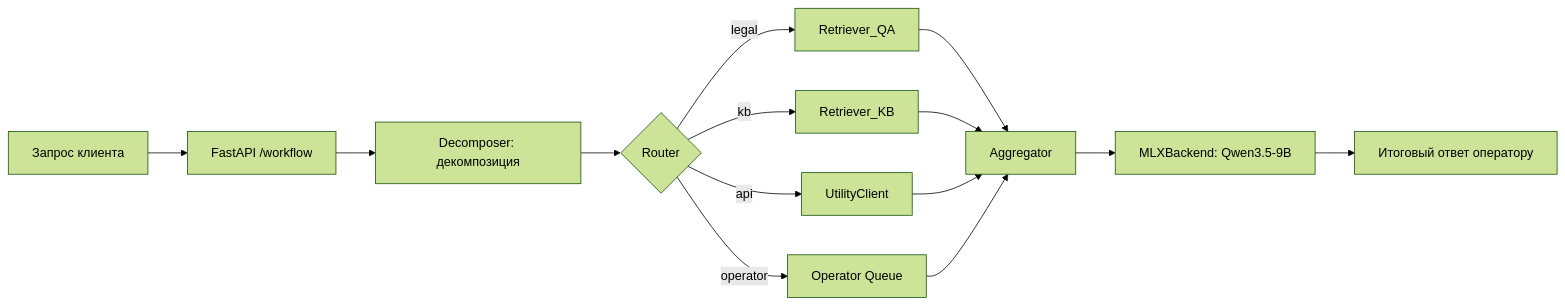
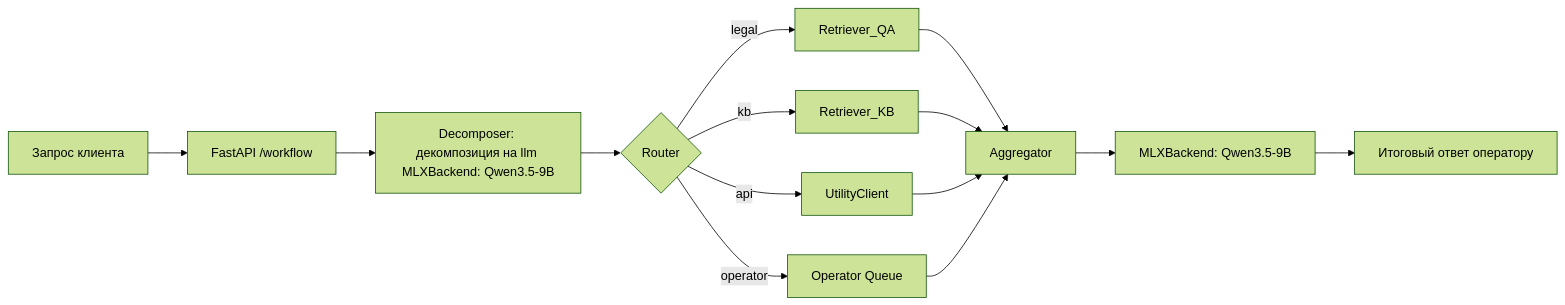
One commit to rpallmer/OTUS_MLOPS_DIPLOM changed the diagram in README.md. Above: the diagram before and after it, drawn with Mermaid (forest theme).

````diff
--- a/README.md
+++ b/README.md
@@ -5,16 +5,16 @@
 ```mermaid
 flowchart LR
   input[Запрос клиента] --> api[FastAPI /workflow]
-  api --> decomposer[Decomposer: декомпозиция]
+  api --> decomposer[Decomposer: декомпозиция на llm MLXBackend: Qwen3.5-9B]
   decomposer --> router{Router}
   router -->|legal| qa_search[Retriever_QA]
   router -->|kb| kb_search[Retriever_KB]
   router -->|api| billing[UtilityClient]
   router -->|operator| handoff[Operator Queue]
   qa_search --> aggregator[Aggregator]
   kb_search --> aggregator
   billing --> aggregator
   handoff --> aggregator
   aggregator --> llm[MLXBackend: Qwen3.5-9B]
   llm --> out[Итоговый ответ оператору]
 ```
````
